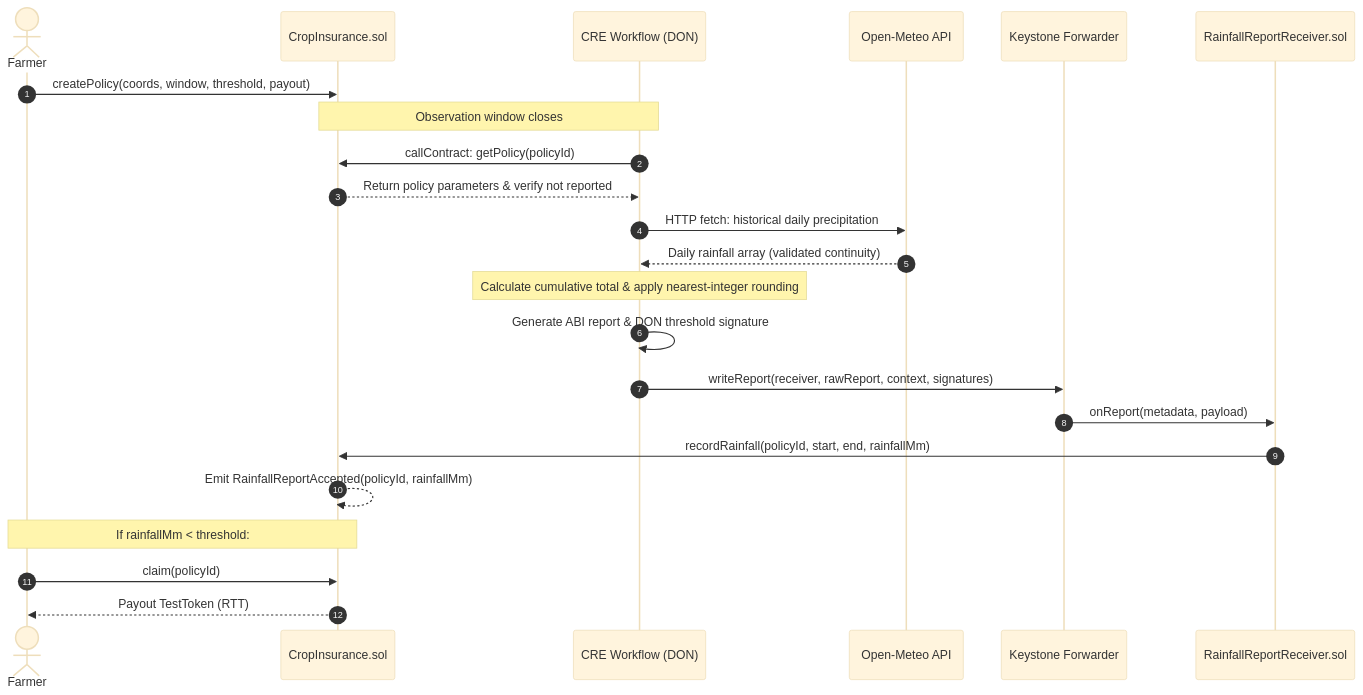
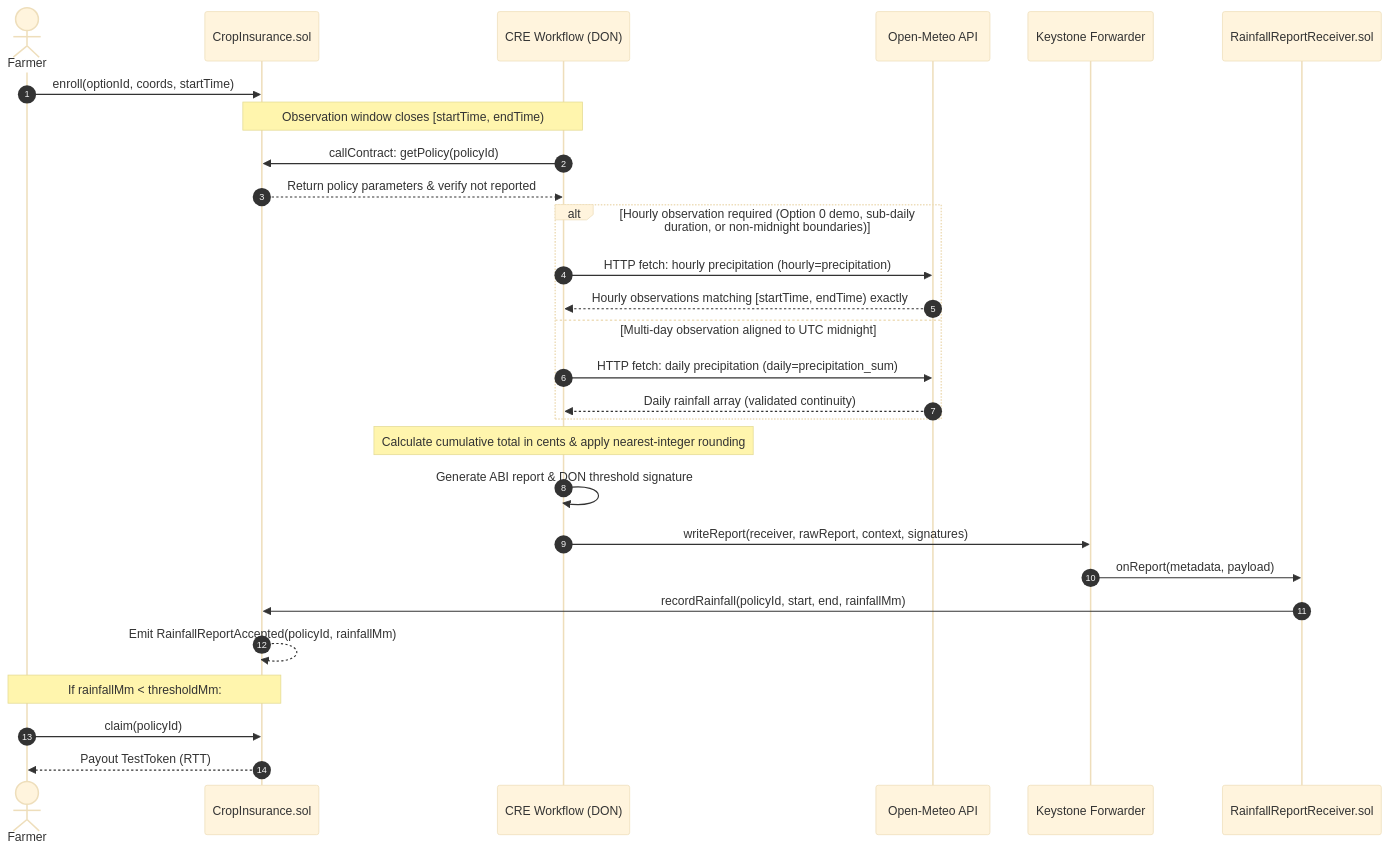
Before and after one commit to anu-082006/rainfall-crop-insurance: the diagram in README.md, drawn with Mermaid (base theme). The commit also changed other lines of this file and 7 other files, not shown here.

Commit message:
feat(cre): integrate post-merge catalogue options, dynamic hourly/daily granularity, and forwarder verification

````diff
--- a/README.md
+++ b/README.md
@@ -12,26 +12,31 @@
 ```mermaid
 sequenceDiagram
     autonumber
     actor Farmer
     participant Contract as CropInsurance.sol
     participant CRE as CRE Workflow (DON)
     participant Meteo as Open-Meteo API
     participant Forwarder as Keystone Forwarder
     participant Receiver as RainfallReportReceiver.sol
 
-    Farmer->>Contract: createPolicy(coords, window, threshold, payout)
-    Note over Contract,CRE: Observation window closes
+    Farmer->>Contract: enroll(optionId, coords, startTime)
+    Note over Contract,CRE: Observation window closes [startTime, endTime)
     CRE->>Contract: callContract: getPolicy(policyId)
     Contract-->>CRE: Return policy parameters & verify not reported
-    CRE->>Meteo: HTTP fetch: historical daily precipitation
-    Meteo-->>CRE: Daily rainfall array (validated continuity)
-    Note over CRE: Calculate cumulative total & apply nearest-integer rounding
+    alt Hourly observation required (Option 0 demo, sub-daily duration, or non-midnight boundaries)
+        CRE->>Meteo: HTTP fetch: hourly precipitation (hourly=precipitation)
+        Meteo-->>CRE: Hourly observations matching [startTime, endTime) exactly
+    else Multi-day observation aligned to UTC midnight
+        CRE->>Meteo: HTTP fetch: daily precipitation (daily=precipitation_sum)
+        Meteo-->>CRE: Daily rainfall array (validated continuity)
+    end
+    Note over CRE: Calculate cumulative total in cents & apply nearest-integer rounding
     CRE->>CRE: Generate ABI report & DON threshold signature
     CRE->>Forwarder: writeReport(receiver, rawReport, context, signatures)
     Forwarder->>Receiver: onReport(metadata, payload)
     Receiver->>Contract: recordRainfall(policyId, start, end, rainfallMm)
     Contract-->>Contract: Emit RainfallReportAccepted(policyId, rainfallMm)
-    Note over Farmer,Contract: If rainfallMm < threshold:
+    Note over Farmer,Contract: If rainfallMm < thresholdMm:
     Farmer->>Contract: claim(policyId)
     Contract-->>Farmer: Payout TestToken (RTT)
 ```
````
